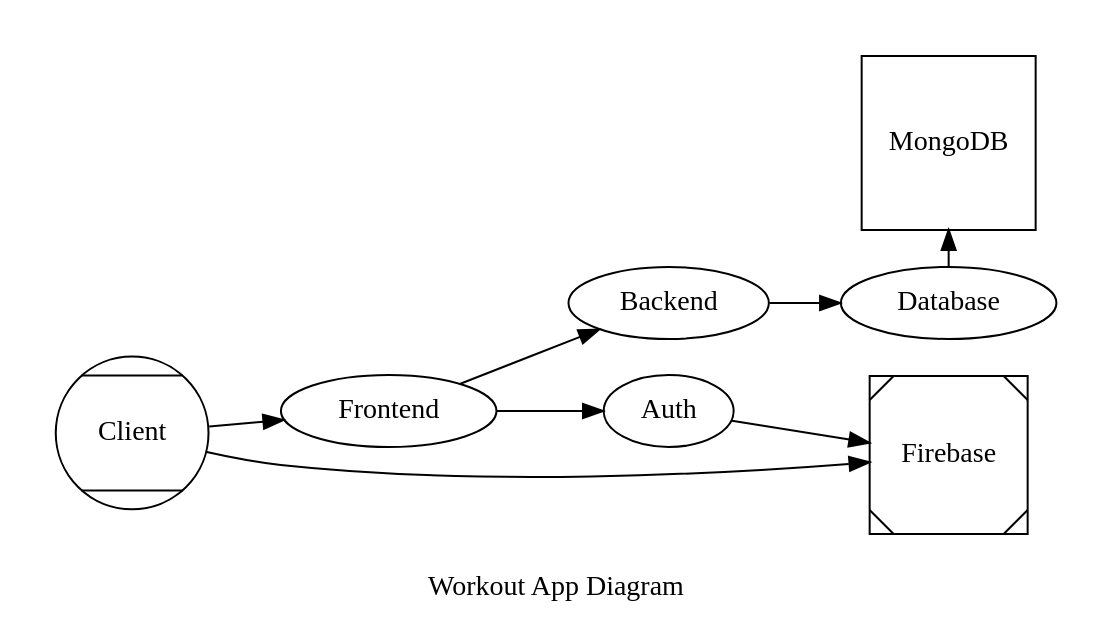
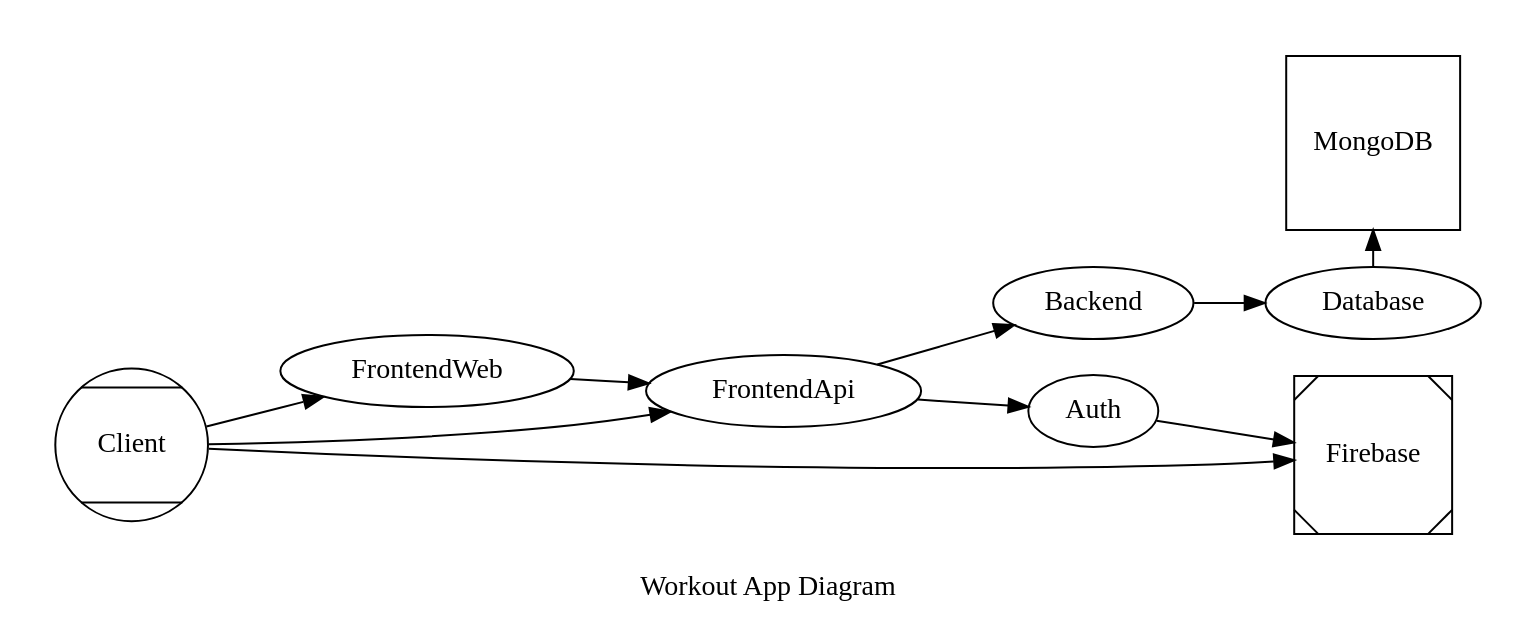
One commit to bevrist/workout-site changed the diagram in docs/diagram.dot. Above: the diagram before and after it, drawn with Graphviz. The commit also changed 2 other files, not shown here.

```diff
--- a/docs/diagram.dot
+++ b/docs/diagram.dot
@@ -1,23 +1,25 @@
 # https://dreampuf.github.io/GraphvizOnline
 
 digraph G {
     rankdir = LR;
     label = "Workout App Diagram";
     Client [shape=Mcircle];
     Firebase [shape=Msquare];
-    Frontend;
+    FrontendApi;
+    FrontendWeb;
     Backend;
     Database;
     Auth;
     MongoDB [shape=square];
 
     subgraph cluster_0 {
         color = white;
         label = "";
-        Client -> Firebase, Frontend;
-        Frontend -> Backend, Auth;
+        Client -> Firebase, FrontendApi, FrontendWeb;
+        FrontendWeb -> FrontendApi;
+        FrontendApi -> Backend, Auth;
         Backend -> Database;
         Database -> MongoDB[minlen=0.5];
         Auth -> Firebase;
     }
 }
```
